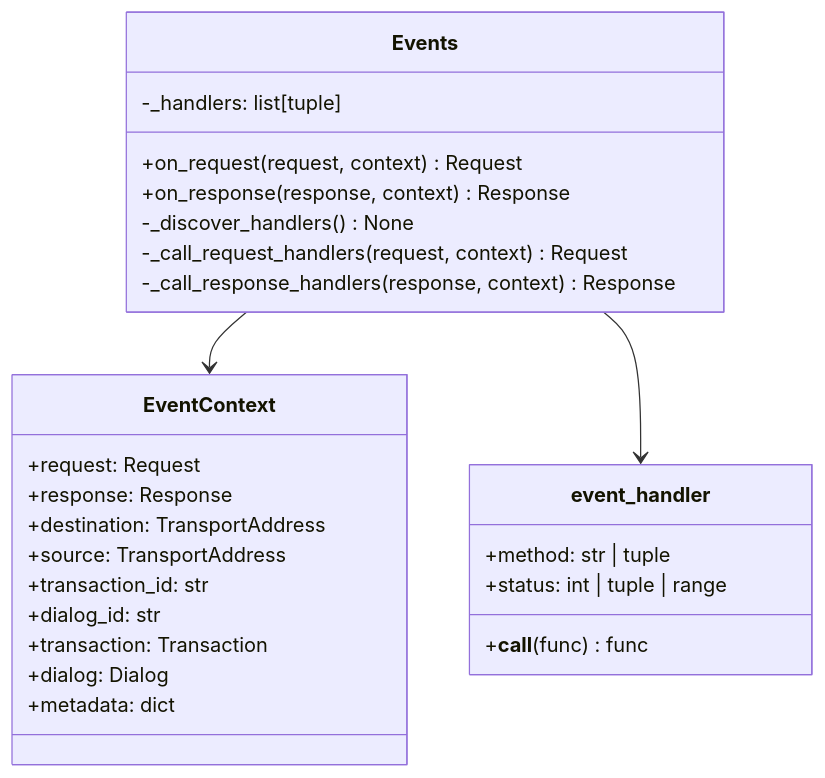
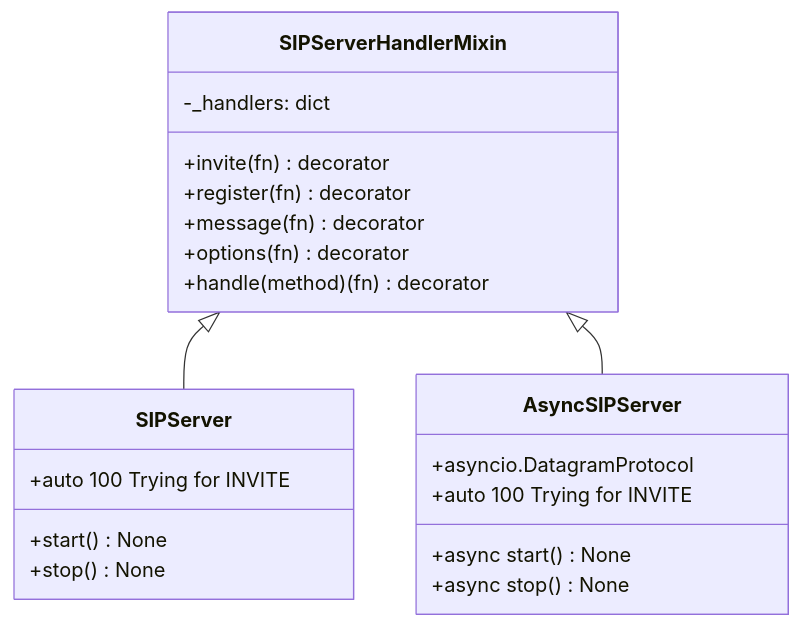
The third of 9 diagrams in docs/SDD.md (oornnery/sipx), drawn with Mermaid before and after one commit. The commit also changed other lines of this file and 18 other files, not shown here.

Commit message:
feat(sipx): add response builders and dialog tracking

````diff
--- a/docs/SDD.md
+++ b/docs/SDD.md
@@ -269,32 +355,27 @@
 ```mermaid
 classDiagram
-    class Events {
-        -_handlers: list[tuple]
-        +on_request(request, context) Request
-        +on_response(response, context) Response
-        -_discover_handlers() None
-        -_call_request_handlers(request, context) Request
-        -_call_response_handlers(response, context) Response
+    class SIPServerHandlerMixin {
+        -_handlers: dict
+        +invite(fn) decorator
+        +register(fn) decorator
+        +message(fn) decorator
+        +options(fn) decorator
+        +handle(method)(fn) decorator
     }
 
-    class EventContext {
-        +request: Request
-        +response: Response
-        +destination: TransportAddress
-        +source: TransportAddress
-        +transaction_id: str
-        +dialog_id: str
-        +transaction: Transaction
-        +dialog: Dialog
-        +metadata: dict
+    class SIPServer {
+        +start() None
+        +stop() None
+        +auto 100 Trying for INVITE
     }
 
-    class event_handler {
-        +method: str | tuple
-        +status: int | tuple | range
-        +__call__(func) func
+    class AsyncSIPServer {
+        +async start() None
+        +async stop() None
+        +asyncio.DatagramProtocol
+        +auto 100 Trying for INVITE
     }
 
-    Events --> EventContext
-    Events --> event_handler
+    SIPServerHandlerMixin <|-- SIPServer
+    SIPServerHandlerMixin <|-- AsyncSIPServer
 ```
````
